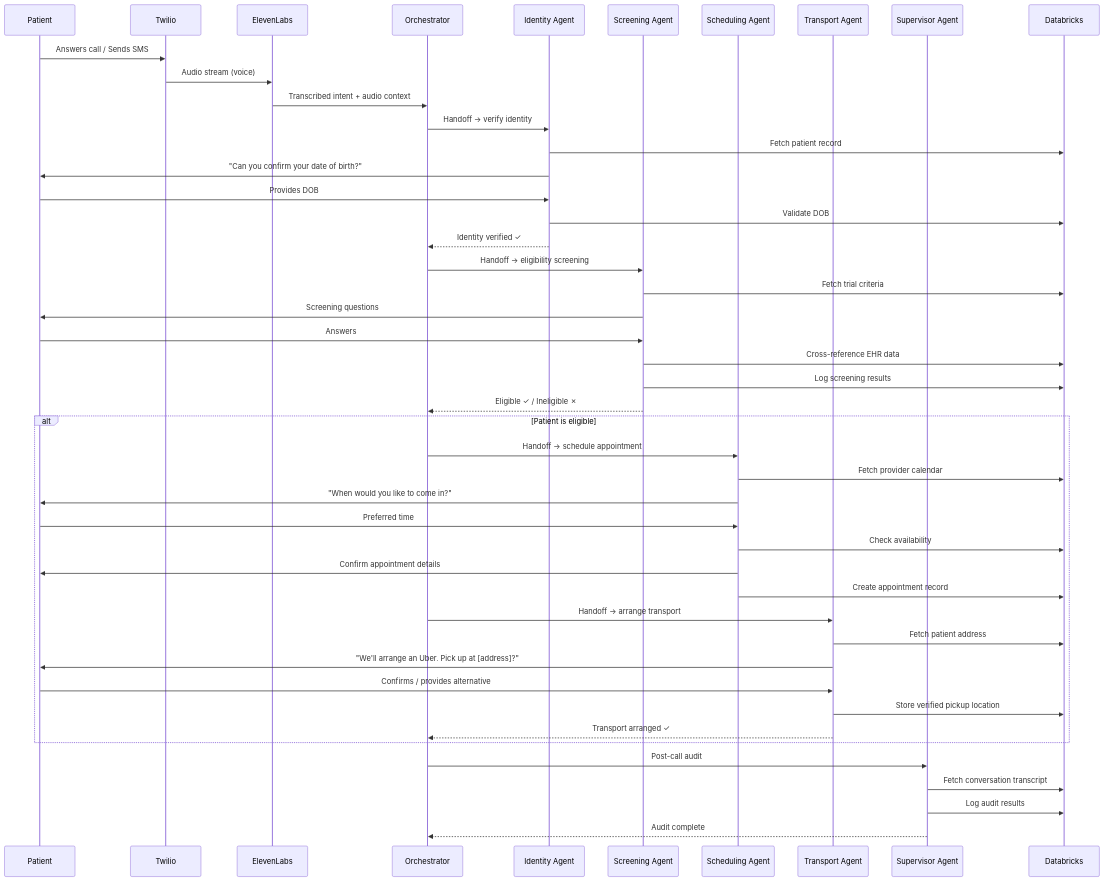
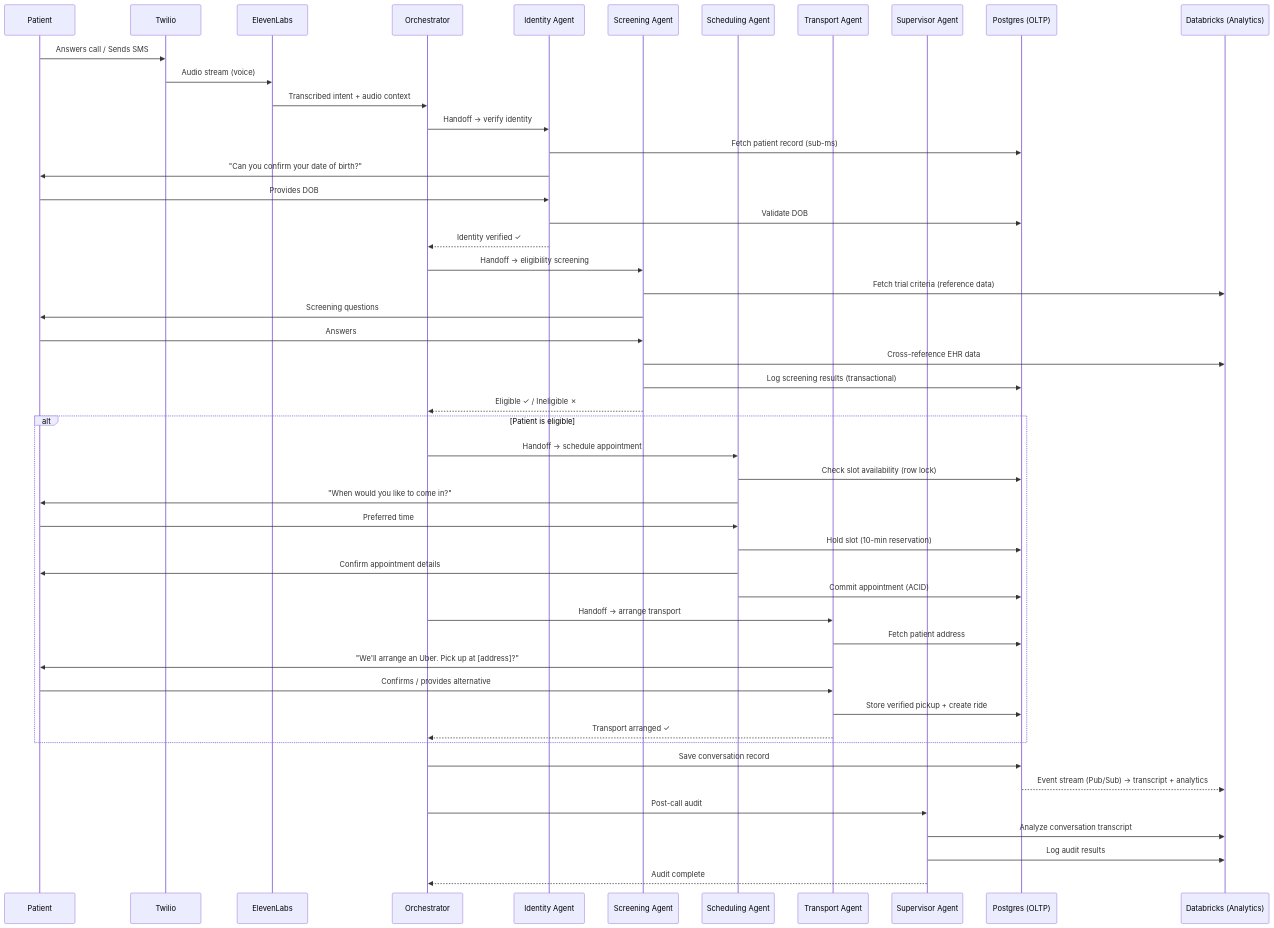
One commit to wilsonwolf/ask_mary changed the second of 10 diagrams in local_docs/ask_mary_plan.md. Above: the diagram before and after it, drawn with Mermaid. The commit also changed other lines of this file and 1 other file, not shown here.

First line of the commit message:
docs: add agent dev workflow plan, update architecture for hybrid data layer and GCP

````diff
--- a/local_docs/ask_mary_plan.md
+++ b/local_docs/ask_mary_plan.md
@@ -351,54 +381,58 @@
 ```mermaid
 sequenceDiagram
     participant P as Patient
     participant TW as Twilio
     participant EL as ElevenLabs
     participant O as Orchestrator
     participant ID as Identity Agent
     participant SC as Screening Agent
     participant SH as Scheduling Agent
     participant TR as Transport Agent
     participant SV as Supervisor Agent
-    participant DB as Databricks
+    participant PG as Postgres (OLTP)
+    participant DB as Databricks (Analytics)
 
     P->>TW: Answers call / Sends SMS
     TW->>EL: Audio stream (voice)
     EL->>O: Transcribed intent + audio context
 
     O->>ID: Handoff → verify identity
-    ID->>DB: Fetch patient record
+    ID->>PG: Fetch patient record (sub-ms)
     ID->>P: "Can you confirm your date of birth?"
     P->>ID: Provides DOB
-    ID->>DB: Validate DOB
+    ID->>PG: Validate DOB
     ID-->>O: Identity verified ✓
 
     O->>SC: Handoff → eligibility screening
-    SC->>DB: Fetch trial criteria
+    SC->>DB: Fetch trial criteria (reference data)
     SC->>P: Screening questions
     P->>SC: Answers
     SC->>DB: Cross-reference EHR data
-    SC->>DB: Log screening results
+    SC->>PG: Log screening results (transactional)
     SC-->>O: Eligible ✓ / Ineligible ✗
 
     alt Patient is eligible
         O->>SH: Handoff → schedule appointment
-        SH->>DB: Fetch provider calendar
+        SH->>PG: Check slot availability (row lock)
         SH->>P: "When would you like to come in?"
         P->>SH: Preferred time
-        SH->>DB: Check availability
+        SH->>PG: Hold slot (10-min reservation)
         SH->>P: Confirm appointment details
-        SH->>DB: Create appointment record
+        SH->>PG: Commit appointment (ACID)
 
         O->>TR: Handoff → arrange transport
-        TR->>DB: Fetch patient address
+        TR->>PG: Fetch patient address
         TR->>P: "We'll arrange an Uber. Pick up at [address]?"
         P->>TR: Confirms / provides alternative
-        TR->>DB: Store verified pickup location
+        TR->>PG: Store verified pickup + create ride
         TR-->>O: Transport arranged ✓
     end
 
+    O->>PG: Save conversation record
+    PG-->>DB: Event stream (Pub/Sub) → transcript + analytics
+
     O->>SV: Post-call audit
-    SV->>DB: Fetch conversation transcript
+    SV->>DB: Analyze conversation transcript
     SV->>DB: Log audit results
     SV-->>O: Audit complete
 ```
````
